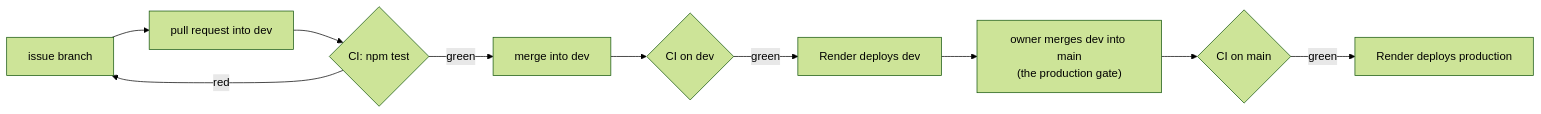
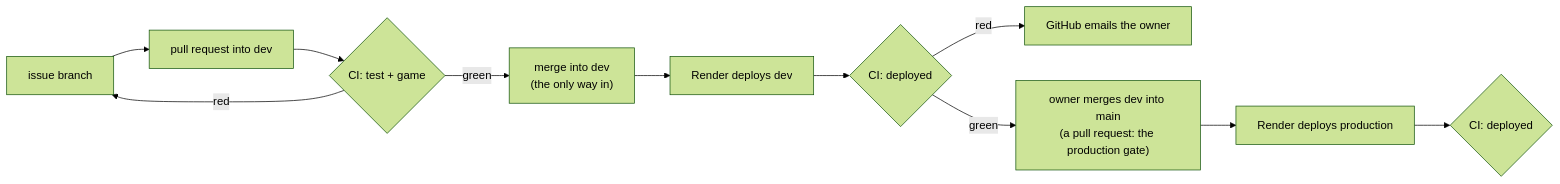
One commit to alexisdacquay/immune-citadel-v4 changed the diagram in docs/OPERATIONS.md. Above: the diagram before and after it, drawn with Mermaid (forest theme). The commit also changed other lines of this file and 4 other files, not shown here.

First line of the commit message:
Deploy proof in CI: Render deploys on commit, the 'deployed' job checks it went live (step 3)

````diff
--- a/docs/OPERATIONS.md
+++ b/docs/OPERATIONS.md
@@ -17,10 +17,11 @@
 ```mermaid
 flowchart LR
     B["issue branch"] --> PR["pull request into dev"]
-    PR --> CI{"CI: npm test"}
+    PR --> CI{"CI: test + game"}
     CI -- red --> B
-    CI -- green --> M["merge into dev"]
-    M --> CI2{"CI on dev"} -- green --> DEV["Render deploys dev"]
-    DEV --> P["owner merges dev into main<br/>(the production gate)"]
-    P --> CI3{"CI on main"} -- green --> PROD["Render deploys production"]
+    CI -- green --> M["merge into dev<br/>(the only way in)"]
+    M --> DEV["Render deploys dev"] --> V{"CI: deployed"}
+    V -- red --> E["GitHub emails the owner"]
+    V -- green --> P["owner merges dev into main<br/>(a pull request: the production gate)"]
+    P --> PROD["Render deploys production"] --> V2{"CI: deployed"}
 ```
````
